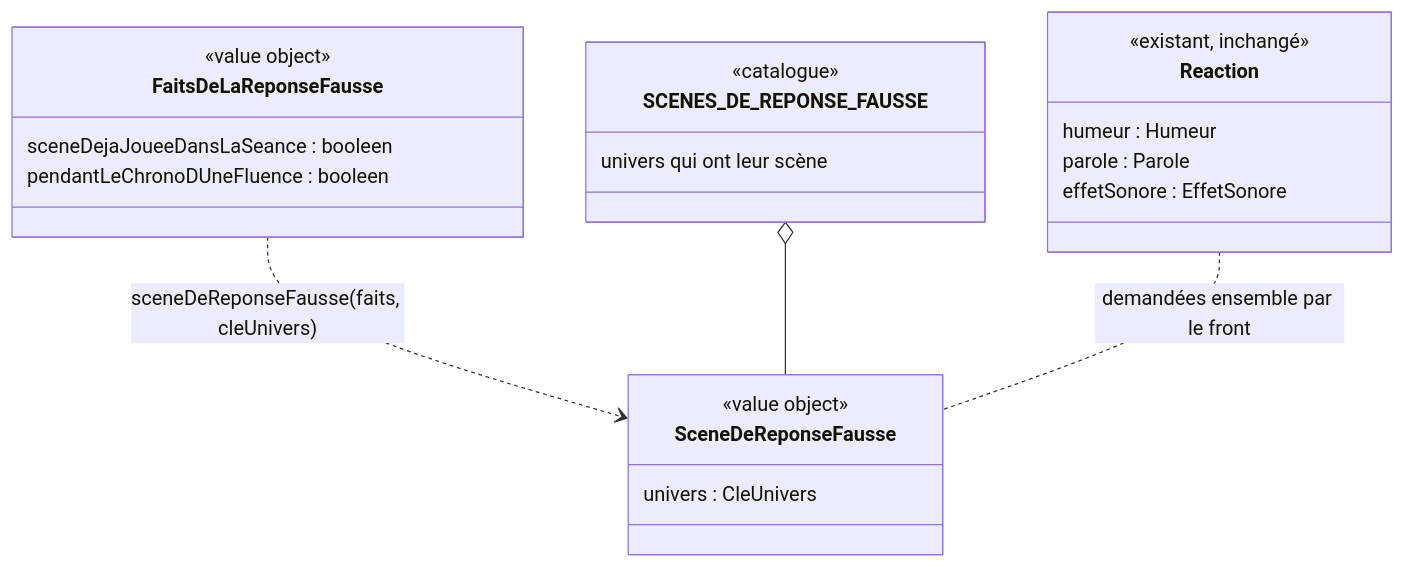
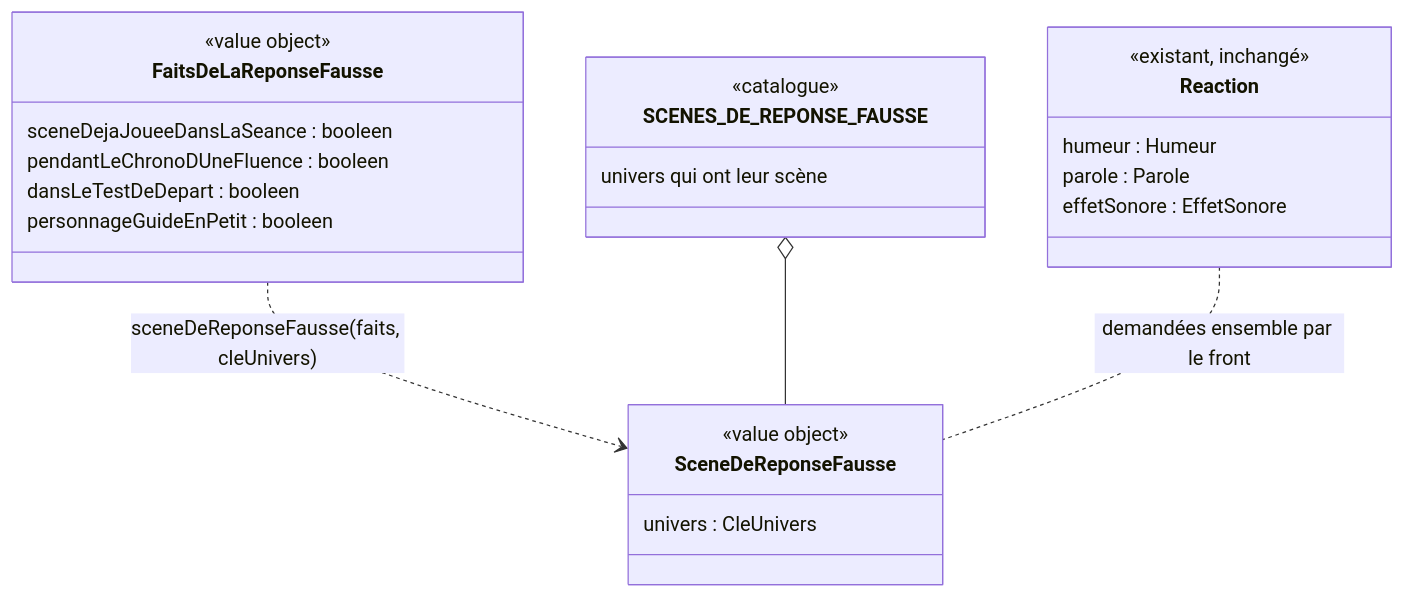
The diagram in docs/stories/163/domain-model.md (SBA-dev/github-move), drawn with Mermaid before and after one commit. The commit also changed other lines of this file and 3 other files, not shown here.

````diff
--- a/docs/stories/163/domain-model.md
+++ b/docs/stories/163/domain-model.md
@@ -61,25 +63,27 @@
 ```mermaid
 classDiagram
   class FaitsDeLaReponseFausse {
     <<value object>>
     sceneDejaJoueeDansLaSeance : booleen
     pendantLeChronoDUneFluence : booleen
+    dansLeTestDeDepart : booleen
+    personnageGuideEnPetit : booleen
   }
   class SceneDeReponseFausse {
     <<value object>>
     univers : CleUnivers
   }
   class SCENES_DE_REPONSE_FAUSSE {
     <<catalogue>>
     univers qui ont leur scène
   }
   class Reaction {
     <<existant, inchangé>>
     humeur : Humeur
     parole : Parole
     effetSonore : EffetSonore
   }
   FaitsDeLaReponseFausse ..> SceneDeReponseFausse : sceneDeReponseFausse(faits, cleUnivers)
   SCENES_DE_REPONSE_FAUSSE o-- SceneDeReponseFausse
   Reaction .. SceneDeReponseFausse : demandées ensemble par le front
 ```
````
